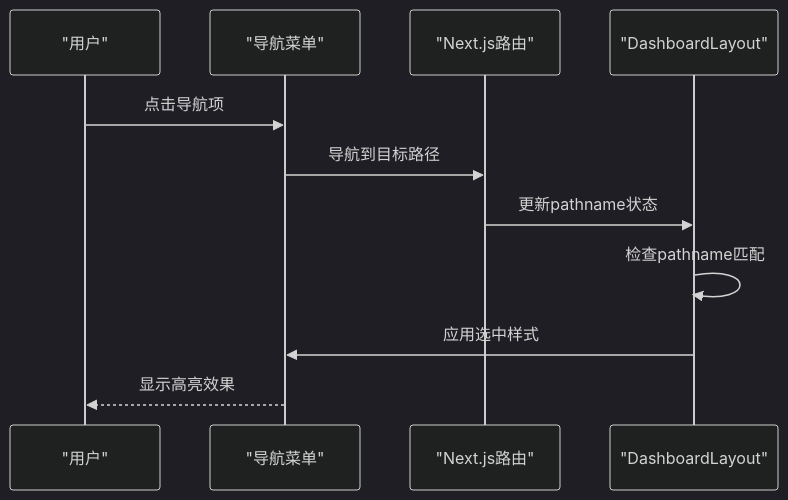
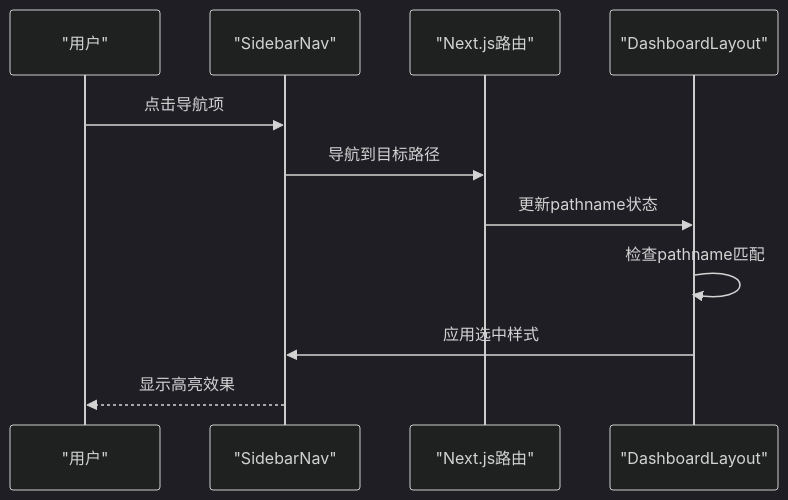
Before and after one commit to RadiumAg/AIGate: the fifth of 15 diagrams in .qoder/repowiki/zh/content/前端组件/仪表板布局.md, drawn with Mermaid (dark theme). The commit also changed other lines of this file and 10 other files, not shown here.

````diff
--- a/.qoder/repowiki/zh/content/前端组件/仪表板布局.md
+++ b/.qoder/repowiki/zh/content/前端组件/仪表板布局.md
@@ -296,13 +324,13 @@
 ```mermaid
 sequenceDiagram
 participant User as "用户"
-participant Nav as "导航菜单"
+participant Nav as "SidebarNav"
 participant Router as "Next.js路由"
 participant Layout as "DashboardLayout"
 User->>Nav : 点击导航项
 Nav->>Router : 导航到目标路径
 Router->>Layout : 更新pathname状态
 Layout->>Layout : 检查pathname匹配
 Layout->>Nav : 应用选中样式
 Nav-->>User : 显示高亮效果
 ```
````
